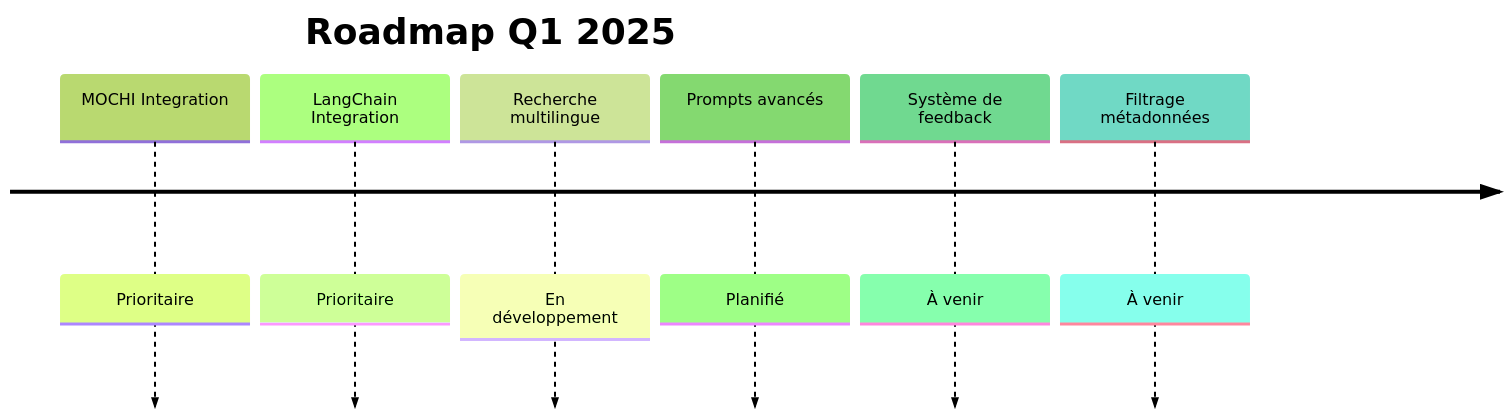
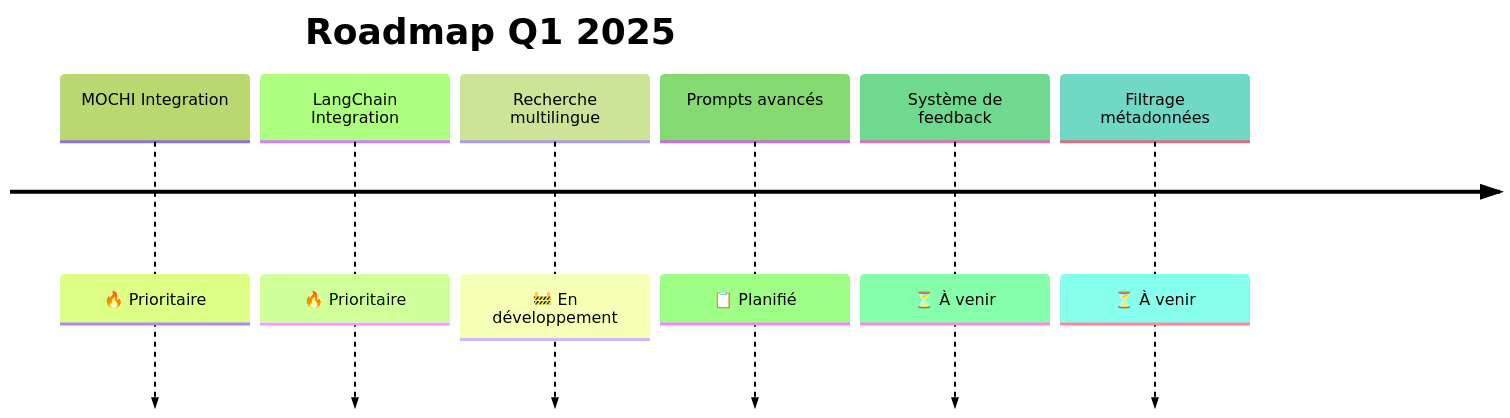
One commit to taciclei/MemoirePro changed the second of 3 diagrams in ROADMAP.md. Above: the diagram before and after it, drawn with Mermaid (forest theme). The commit also changed other lines of this file and 1 other file, not shown here.

Commit message:
Update ROADMAP.md for better visibility and organization

````diff
--- a/ROADMAP.md
+++ b/ROADMAP.md
@@ -53,10 +61,10 @@
 ```mermaid
 timeline
     title Roadmap Q1 2025
-    MOCHI Integration : Prioritaire
-    LangChain Integration : Prioritaire
-    Recherche multilingue : En développement
-    Prompts avancés : Planifié
-    Système de feedback : À venir
-    Filtrage métadonnées : À venir
+    MOCHI Integration : 🔥 Prioritaire
+    LangChain Integration : 🔥 Prioritaire
+    Recherche multilingue : 🚧 En développement
+    Prompts avancés : 📋 Planifié
+    Système de feedback : ⏳ À venir
+    Filtrage métadonnées : ⏳ À venir
 ```
````
